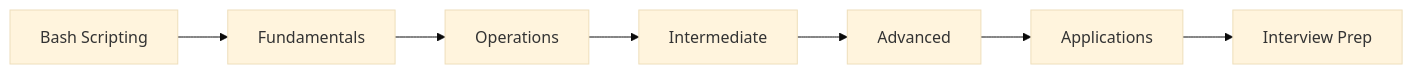
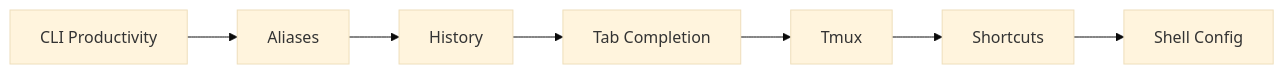
One commit to Raushan666java/ai-engineering-journey changed the diagram in docs/courses/ai-engineering-placement/04-git-linux-cli/05-bash-scripting.md. Above: the diagram before and after it, drawn with Mermaid (base theme). The commit also changed other lines of this file and 219 other files, not shown here.

````diff
--- a/docs/courses/ai-engineering-placement/04-git-linux-cli/05-bash-scripting.md
+++ b/docs/courses/ai-engineering-placement/04-git-linux-cli/05-bash-scripting.md
@@ -27,9 +35,9 @@
 ```mermaid
 flowchart LR
-    A[Bash Scripting] --> B[Fundamentals]
-    B --> C[Operations]
-    C --> D[Intermediate]
-    D --> E[Advanced]
-    E --> F[Applications]
-    F --> G[Interview Prep]
+    A[CLI Productivity] --> B[Aliases]
+    B --> C[History]
+    C --> D[Tab Completion]
+    D --> E[Tmux]
+    E --> F[Shortcuts]
+    F --> G[Shell Config]
 ```
````
